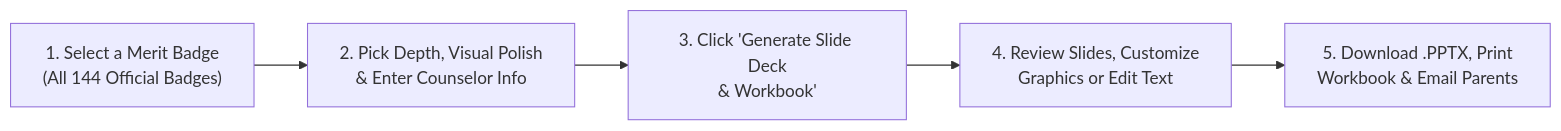
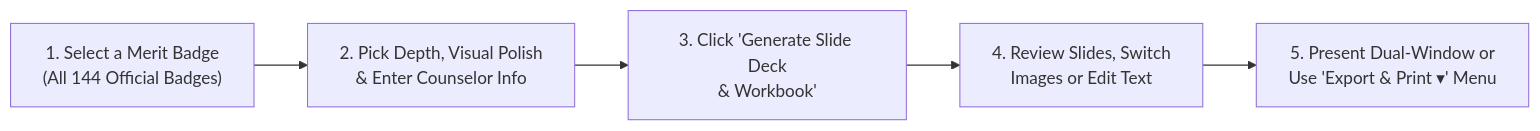
The first of 2 diagrams in docs/USER_GUIDE.md (clayberg/scouts-bsa-merit-badge-agent), drawn with Mermaid before and after one commit. The commit also changed other lines of this file and 28 other files, not shown here.

````diff
--- a/docs/USER_GUIDE.md
+++ b/docs/USER_GUIDE.md
@@ -33,7 +38,7 @@
 ```mermaid
 flowchart LR
     Step1["1. Select a Merit Badge<br/>(All 144 Official Badges)"] --> Step2["2. Pick Depth, Visual Polish<br/>& Enter Counselor Info"]
     Step2 --> Step3["3. Click 'Generate Slide Deck<br/>& Workbook'"]
-    Step3 --> Step4["4. Review Slides, Customize<br/>Graphics or Edit Text"]
-    Step4 --> Step5["5. Download .PPTX, Print<br/>Workbook & Email Parents"]
+    Step3 --> Step4["4. Review Slides, Switch<br/>Images or Edit Text"]
+    Step4 --> Step5["5. Present Dual-Window or<br/>Use 'Export & Print ▾' Menu"]
 ```
````
